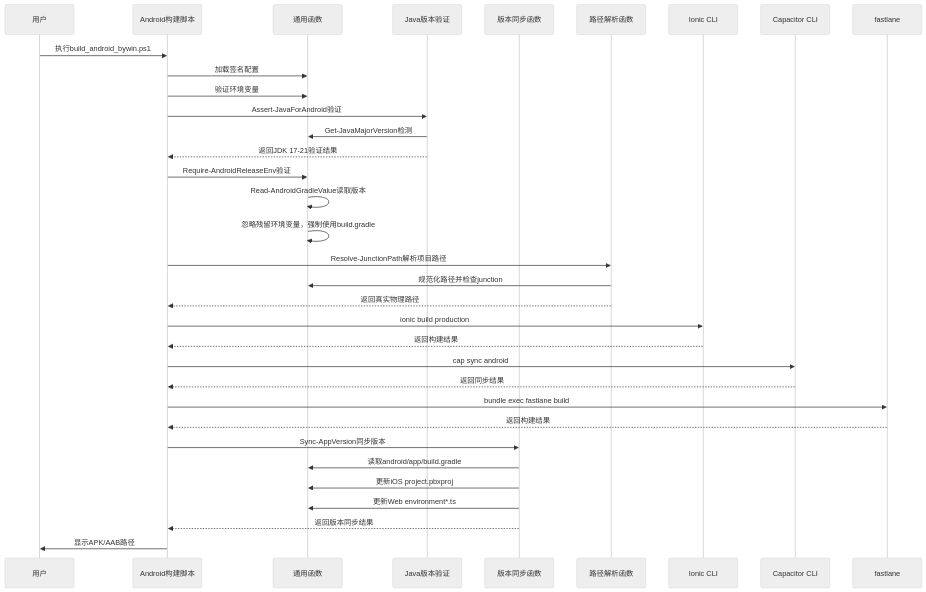
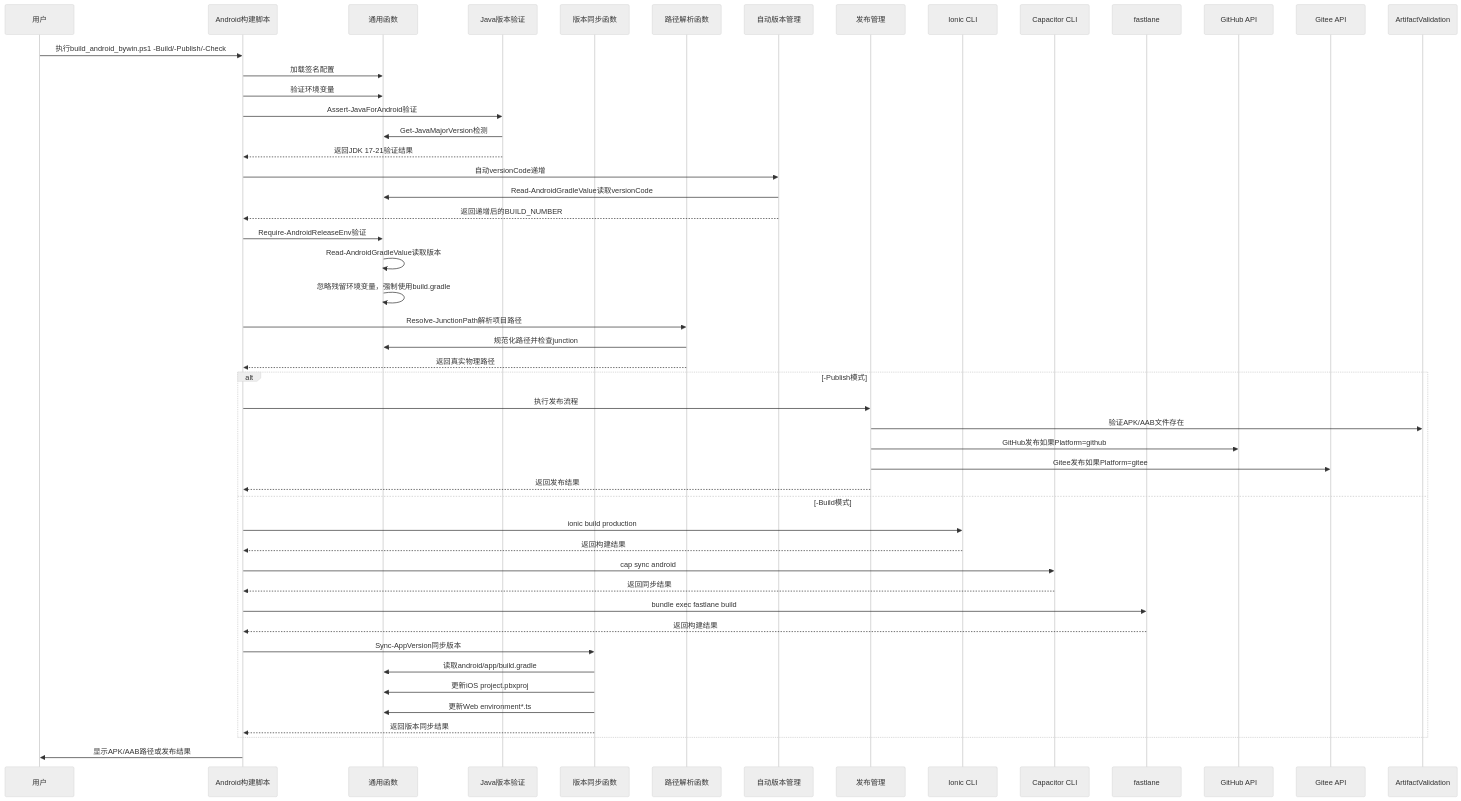
The third of 10 diagrams in .qoder/repowiki/zh/content/构建与部署/Windows PowerShell自动化.md (tea4go/Macro-Deck-Client-App), drawn with Mermaid (neutral theme) before and after one commit. The commit also changed other lines of this file and 57 other files, not shown here.

````diff
--- a/.qoder/repowiki/zh/content/构建与部署/Windows PowerShell自动化.md
+++ b/.qoder/repowiki/zh/content/构建与部署/Windows PowerShell自动化.md
@@ -679,36 +669,51 @@
 ```mermaid
 sequenceDiagram
 participant User as 用户
 participant BuildScript as Android构建脚本
 participant Common as 通用函数
 participant JavaValidation as Java版本验证
 participant VersionSync as 版本同步函数
 participant JunctionPath as 路径解析函数
+participant AutoVersioning as 自动版本管理
+participant ReleasePublish as 发布管理
 participant Ionic as Ionic CLI
 participant Capacitor as Capacitor CLI
 participant Fastlane as fastlane
-User->>BuildScript : 执行build_android_bywin.ps1
+participant GitHubAPI as GitHub API
+participant GiteeAPI as Gitee API
+User->>BuildScript : 执行build_android_bywin.ps1 -Build/-Publish/-Check
 BuildScript->>Common : 加载签名配置
 BuildScript->>Common : 验证环境变量
 BuildScript->>JavaValidation : Assert-JavaForAndroid验证
 JavaValidation->>Common : Get-JavaMajorVersion检测
 JavaValidation-->>BuildScript : 返回JDK 17-21验证结果
+BuildScript->>AutoVersioning : 自动versionCode递增
+AutoVersioning->>Common : Read-AndroidGradleValue读取versionCode
+AutoVersioning-->>BuildScript : 返回递增后的BUILD_NUMBER
 BuildScript->>Common : Require-AndroidReleaseEnv验证
 Common->>Common : Read-AndroidGradleValue读取版本
 Common->>Common : 忽略残留环境变量，强制使用build.gradle
 BuildScript->>JunctionPath : Resolve-JunctionPath解析项目路径
 JunctionPath->>Common : 规范化路径并检查junction
 JunctionPath-->>BuildScript : 返回真实物理路径
+alt -Publish模式
+BuildScript->>ReleasePublish : 执行发布流程
+ReleasePublish->>ArtifactValidation : 验证APK/AAB文件存在
+ReleasePublish->>GitHubAPI : GitHub发布如果Platform=github
+ReleasePublish->>GiteeAPI : Gitee发布如果Platform=gitee
+ReleasePublish-->>BuildScript : 返回发布结果
+else -Build模式
 BuildScript->>Ionic : ionic build production
 Ionic-->>BuildScript : 返回构建结果
 BuildScript->>Capacitor : cap sync android
 Capacitor-->>BuildScript : 返回同步结果
 BuildScript->>Fastlane : bundle exec fastlane build
 Fastlane-->>BuildScript : 返回构建结果
 BuildScript->>VersionSync : Sync-AppVersion同步版本
 VersionSync->>Common : 读取android/app/build.gradle
 VersionSync->>Common : 更新iOS project.pbxproj
 VersionSync->>Common : 更新Web environment*.ts
 VersionSync-->>BuildScript : 返回版本同步结果
-BuildScript->>User : 显示APK/AAB路径
+end
+BuildScript->>User : 显示APK/AAB路径或发布结果
 ```
````
